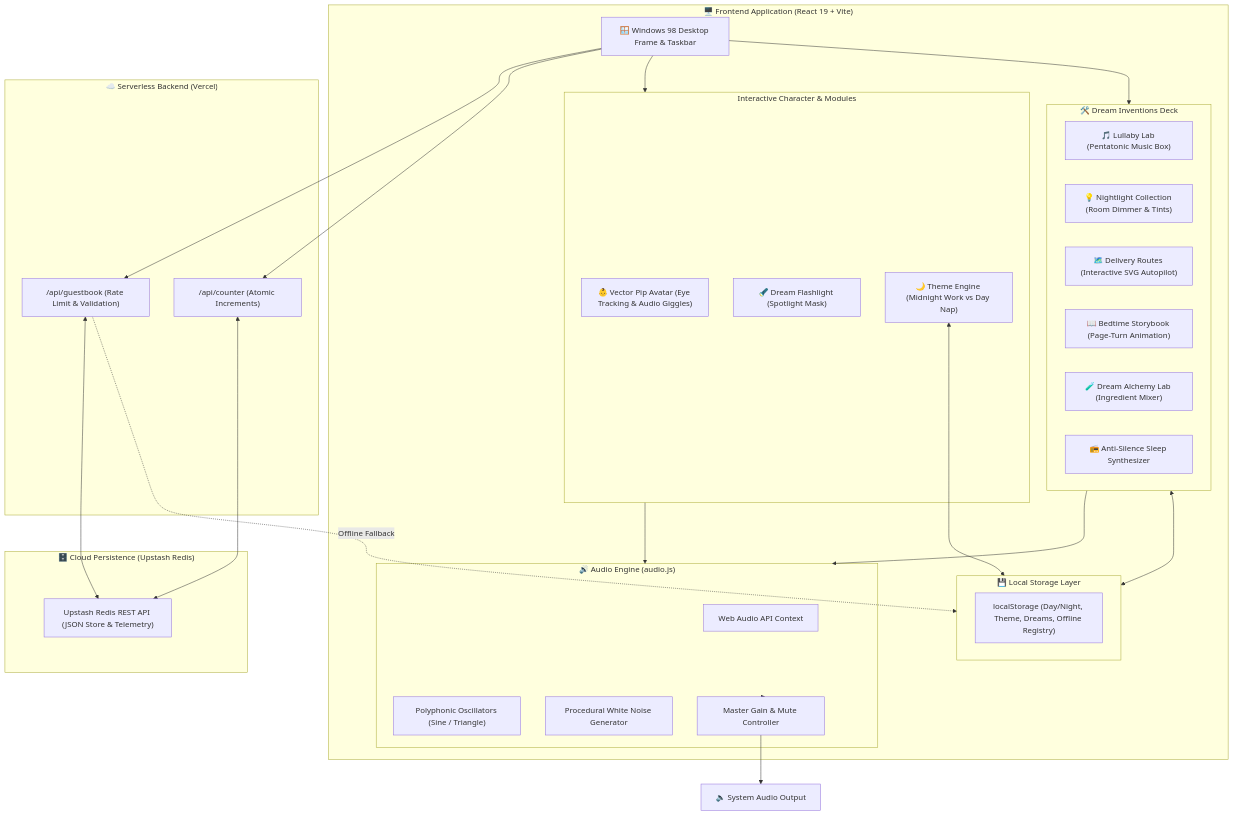
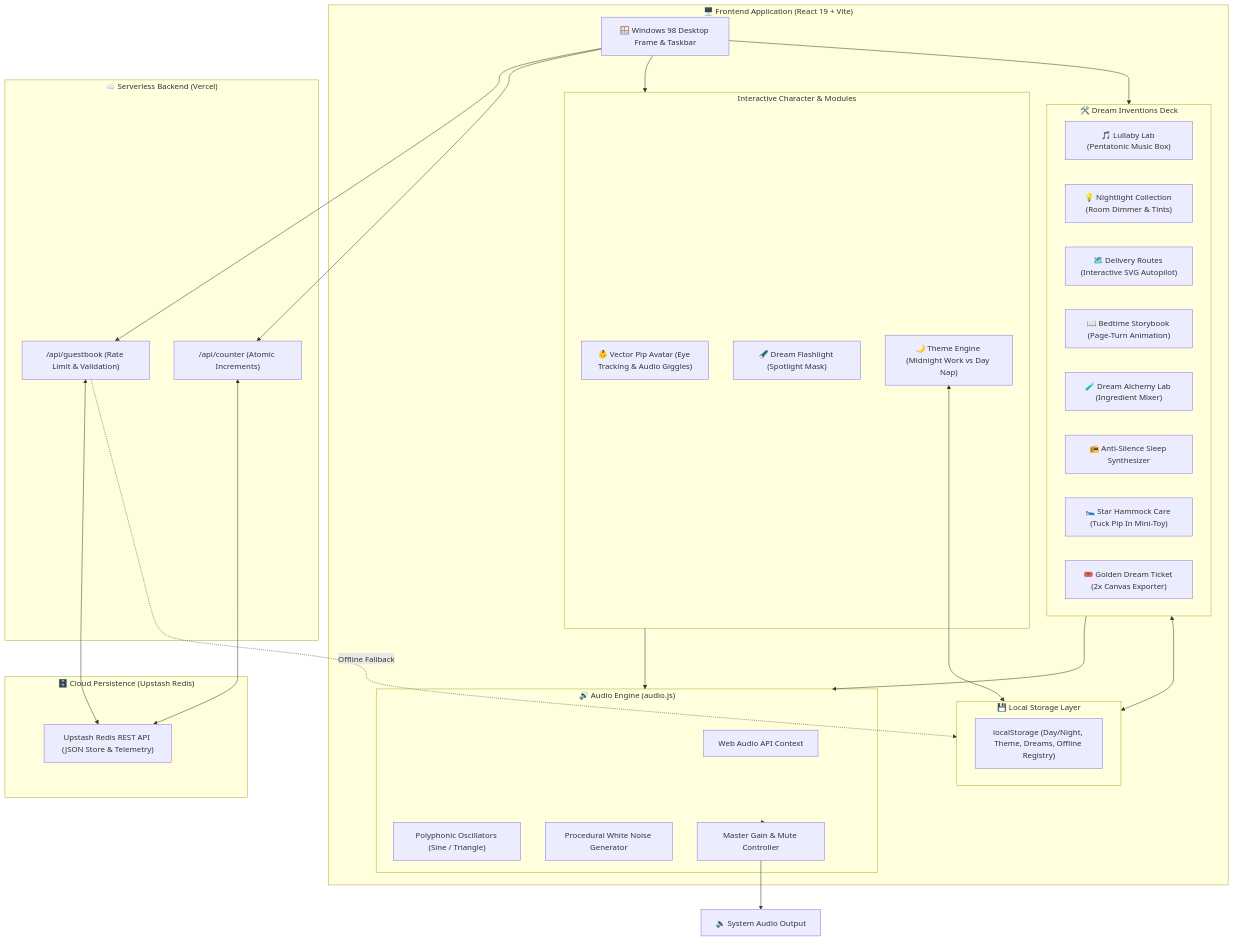
The first of 3 diagrams in README.md (shravani-162006/pips-bedtime-homepage), drawn with Mermaid before and after one commit. The commit also changed other lines of this file and 6 other files, not shown here.

Commit message:
feat: add Tuck Pip into Bed virtual care toy and downloadable Golden Dream Ticket generator

````diff
--- a/README.md
+++ b/README.md
@@ -37,58 +37,60 @@
 ```mermaid
 flowchart TD
     subgraph Client["🖥️ Frontend Application (React 19 + Vite)"]
         UI["🪟 Windows 98 Desktop Frame & Taskbar"]
         
         subgraph InteractiveModules["Interactive Character & Modules"]
             Avatar["👶 Vector Pip Avatar (Eye Tracking & Audio Giggles)"]
             Flashlight["🔦 Dream Flashlight (Spotlight Mask)"]
             Themes["🌙 Theme Engine (Midnight Work vs Day Nap)"]
         end
 
         subgraph InventionsDeck["🛠️ Dream Inventions Deck"]
             Lullaby["🎵 Lullaby Lab (Pentatonic Music Box)"]
             Nightlight["💡 Nightlight Collection (Room Dimmer & Tints)"]
             Delivery["🗺️ Delivery Routes (Interactive SVG Autopilot)"]
             Storybook["📖 Bedtime Storybook (Page-Turn Animation)"]
             Alchemy["🧪 Dream Alchemy Lab (Ingredient Mixer)"]
             SleepMachine["📻 Anti-Silence Sleep Synthesizer"]
+            TuckBed["🛌 Star Hammock Care (Tuck Pip In Mini-Toy)"]
+            GoldTicket["🎟️ Golden Dream Ticket (2x Canvas Exporter)"]
         end
 
         subgraph AudioCore["🔊 Audio Engine (audio.js)"]
             WebAudioContext["Web Audio API Context"]
             OscNodes["Polyphonic Oscillators (Sine / Triangle)"]
             NoiseGen["Procedural White Noise Generator"]
             MasterGain["Master Gain & Mute Controller"]
         end
 
         subgraph ClientStorage["💾 Local Storage Layer"]
             LocalStore["localStorage (Day/Night, Theme, Dreams, Offline Registry)"]
         end
     end
 
     subgraph Backend["☁️ Serverless Backend (Vercel)"]
         APIGuestbook["/api/guestbook (Rate Limit & Validation)"]
         APICounter["/api/counter (Atomic Increments)"]
     end
 
     subgraph Database["🗄️ Cloud Persistence (Upstash Redis)"]
         RedisREST["Upstash Redis REST API (JSON Store & Telemetry)"]
     end
 
     %% Interactions
     UI --> InteractiveModules
     UI --> InventionsDeck
     InteractiveModules --> AudioCore
     InventionsDeck --> AudioCore
     AudioCore --> MasterGain
     MasterGain --> Speakers["🔈 System Audio Output"]
     
     InventionsDeck <--> ClientStorage
     Themes <--> ClientStorage
     
     UI --> APIGuestbook
     UI --> APICounter
     APIGuestbook <--> RedisREST
     APICounter <--> RedisREST
     APIGuestbook -.->|Offline Fallback| ClientStorage
 ```
````
